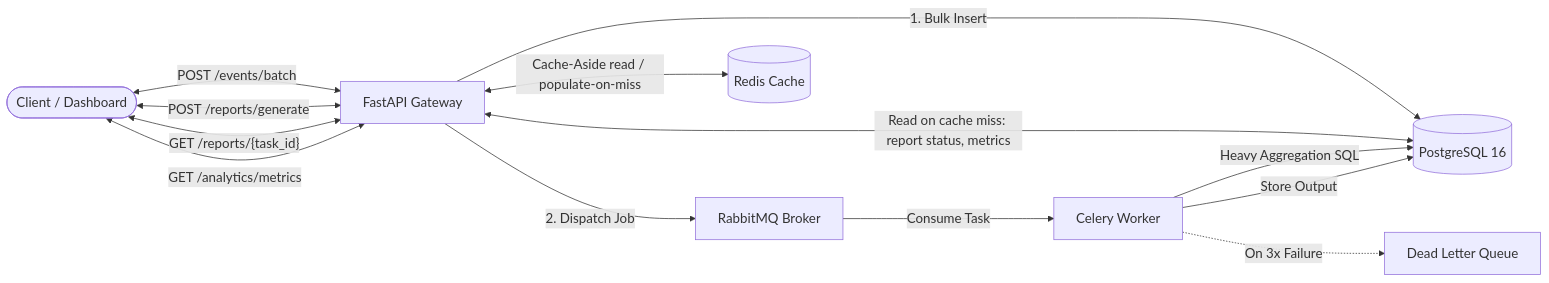
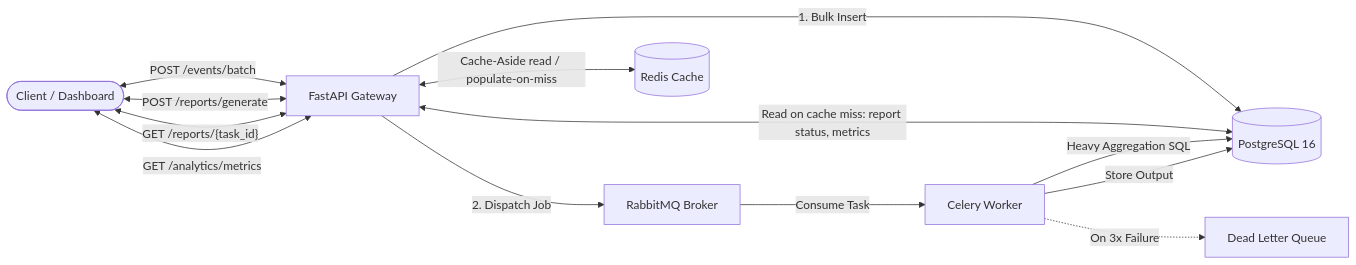
The diagram in README.md (Avrhambi/async-report-engine), drawn with Mermaid before and after one commit. The commit also changed other lines of this file and 1 other file, not shown here.

Commit message:
readme: render system diagram to committed SVG so GitHub shows it full-width, keep mermaid source in details

````diff
--- a/README.md
+++ b/README.md
@@ -18,18 +25,17 @@
 ```mermaid
-%%{init: {"flowchart": {"useMaxWidth": false, "nodeSpacing": 55, "rankSpacing": 85}, "themeVariables": {"fontSize": "18px"}}}%%
 flowchart LR
     Client([Client / Dashboard]) <-->|"POST /events/batch"| API[FastAPI Gateway]
     Client <-->|"POST /reports/generate"| API
     Client <-->|"GET /reports/{task_id}"| API
     Client <-->|"GET /analytics/metrics"| API
 
     API -->|1. Bulk Insert| DB[(PostgreSQL 16)]
     API -->|2. Dispatch Job| RMQ[RabbitMQ Broker]
     API <-->|Cache-Aside read / populate-on-miss| REDIS[(Redis Cache)]
     API <-->|"Read on cache miss: report status, metrics"| DB
 
     RMQ -->|Consume Task| WORKER[Celery Worker]
     WORKER -->|Heavy Aggregation SQL| DB
     WORKER -->|Store Output| DB
     WORKER -.->|On 3x Failure| DLQ[Dead Letter Queue]
 ```
````
